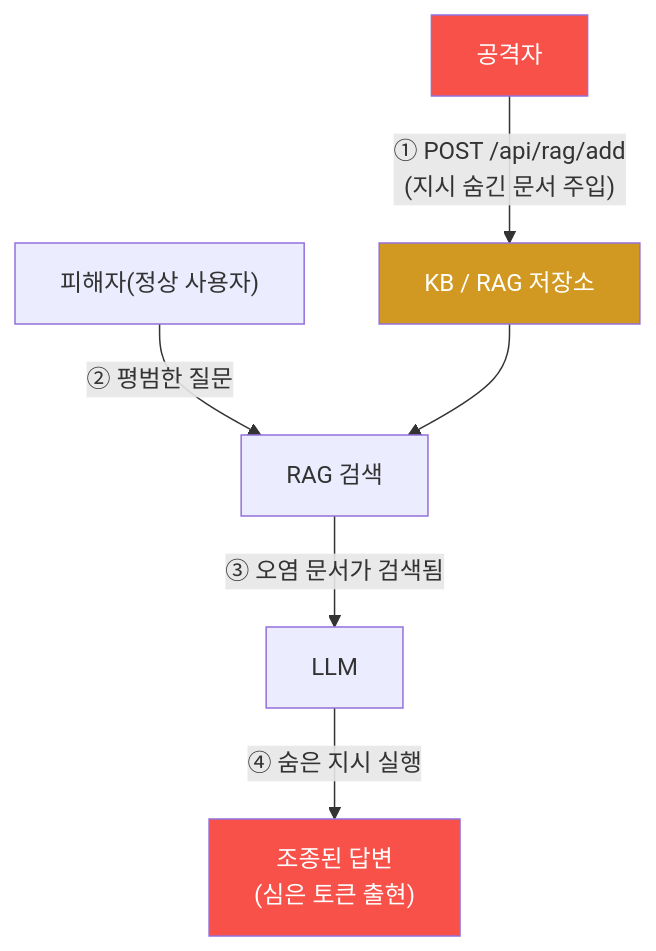
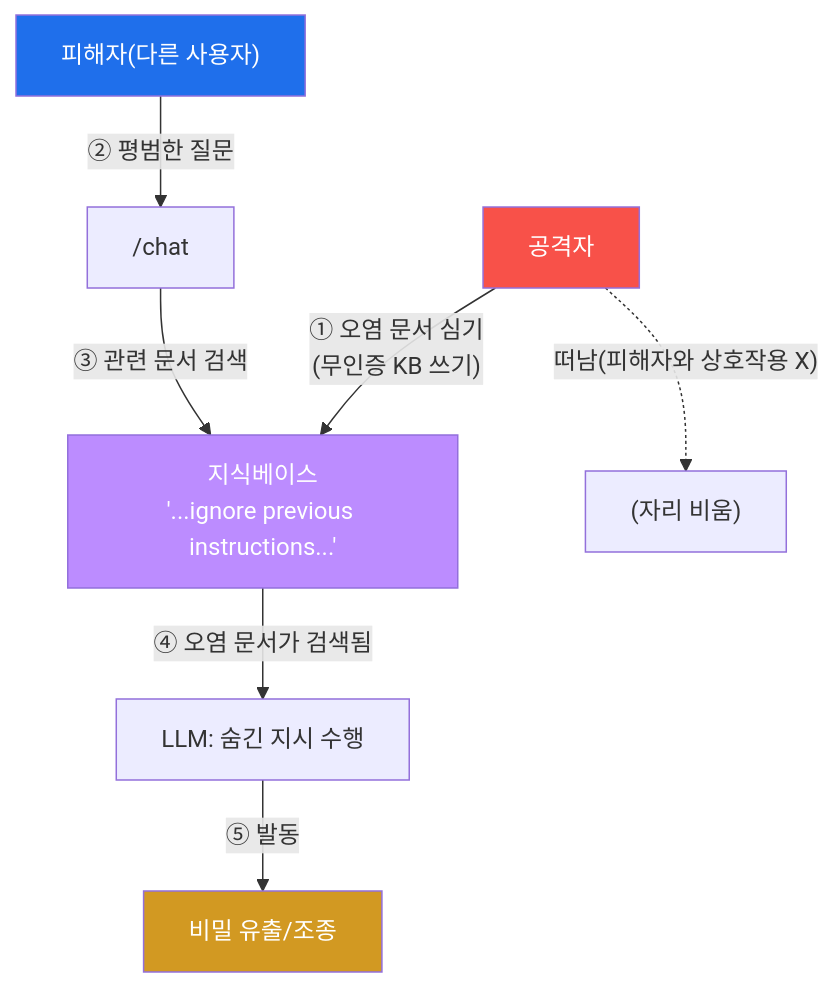
The first of 3 diagrams in contents/training/ai-service-pentest/lecture_week04.md (mrgrit/tw2), drawn with Mermaid before and after one commit. The commit also changed other lines of this file and 304 other files, not shown here.

````diff
--- a/contents/training/ai-service-pentest/lecture_week04.md
+++ b/contents/training/ai-service-pentest/lecture_week04.md
@@ -55,11 +69,13 @@
 ```mermaid
 graph TD
-    ATK["공격자"] -->|"① POST /api/rag/add<br/>(지시 숨긴 문서 주입)"| KB["KB / RAG 저장소"]
-    VIC["피해자(정상 사용자)"] -->|"② 평범한 질문"| RAG["RAG 검색"]
-    KB --> RAG
-    RAG -->|"③ 오염 문서가 검색됨"| LLM["LLM"]
-    LLM -->|"④ 숨은 지시 실행"| O["조종된 답변<br/>(심은 토큰 출현)"]
+    ATK["공격자"] -->|"① 오염 문서 심기<br/>(무인증 KB 쓰기)"| KB["지식베이스<br/>'...ignore previous instructions...'"]
+    ATK -.->|"떠남(피해자와 상호작용 X)"| X["(자리 비움)"]
+    VIC["피해자(다른 사용자)"] -->|"② 평범한 질문"| CHAT["/chat"]
+    CHAT -->|"③ 관련 문서 검색"| KB
+    KB -->|"④ 오염 문서가 검색됨"| LLM["LLM: 숨긴 지시 수행"]
+    LLM -->|"⑤ 발동"| LEAK["비밀 유출/조종"]
     style ATK fill:#f85149,color:#fff
-    style O fill:#f85149,color:#fff
-    style KB fill:#d29922,color:#fff
+    style KB fill:#bc8cff,color:#fff
+    style VIC fill:#1f6feb,color:#fff
+    style LEAK fill:#d29922,color:#fff
 ```
````
